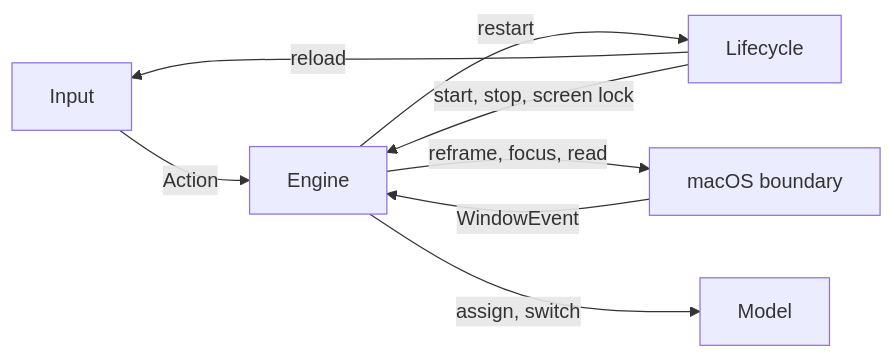
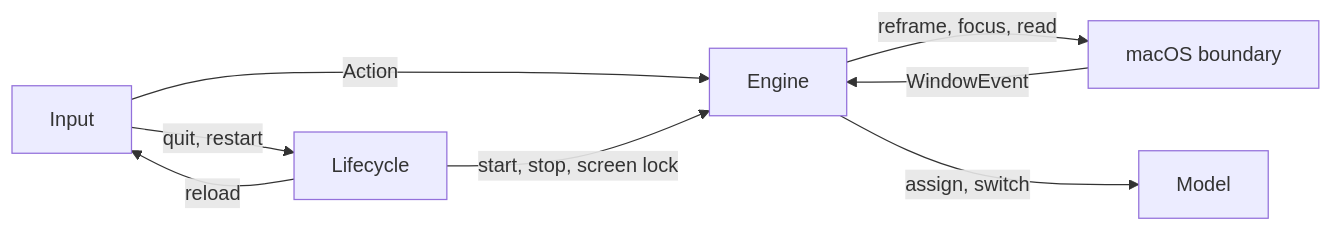
One commit to brennovich/ottowm changed the second of 19 diagrams in ARCHITECTURE.md. Above: the diagram before and after it, drawn with Mermaid. The commit also changed other lines of this file and 15 other files, not shown here.

First line of the commit message:
Keep lifecycle commands out of the Engine

````diff
--- a/ARCHITECTURE.md
+++ b/ARCHITECTURE.md
@@ -54,10 +55,10 @@
 ```mermaid
 flowchart LR
     Input -->|Action| Engine
-    Engine -->|restart| Lifecycle
+    Input -->|quit, restart| Lifecycle
     Lifecycle -->|reload| Input
     macOS["macOS boundary"] -->|WindowEvent| Engine
     Engine -->|reframe, focus, read| macOS
     Engine -->|assign, switch| Model
     Lifecycle -->|start, stop, screen lock| Engine
 ```
````
